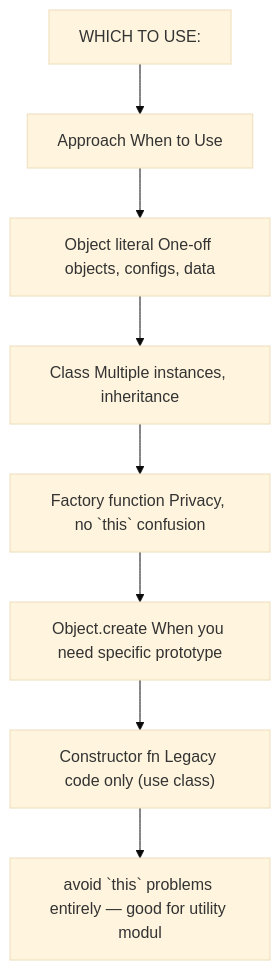
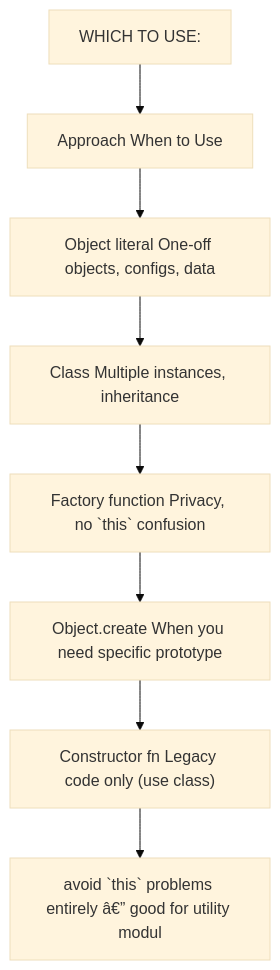
Before and after one commit to SaiHarsha502vvit/Daily-Prep: the first of 7 diagrams in 16_JavaScript/03_JS_Objects_Prototypes.md, drawn with Mermaid (base theme). The commit also changed other lines of this file and 256 other files, not shown here.

````diff
--- a/16_JavaScript/03_JS_Objects_Prototypes.md
+++ b/16_JavaScript/03_JS_Objects_Prototypes.md
@@ -101,18 +101,18 @@
 ```mermaid
 flowchart TD
     N1["WHICH TO USE:"]
     N2["Approach When to Use"]
     N3["Object literal One-off objects, configs, data"]
     N4["Class Multiple instances, inheritance"]
     N5["Factory function Privacy, no `this` confusion"]
     N6["Object.create When you need specific prototype"]
     N7["Constructor fn Legacy code only (use class)"]
-    N8["avoid `this` problems entirely — good for utility modul"]
+    N8["avoid `this` problems entirely â€” good for utility modul"]
     N1 --> N2
     N2 --> N3
     N3 --> N4
     N4 --> N5
     N5 --> N6
     N6 --> N7
     N7 --> N8
 ```
````
